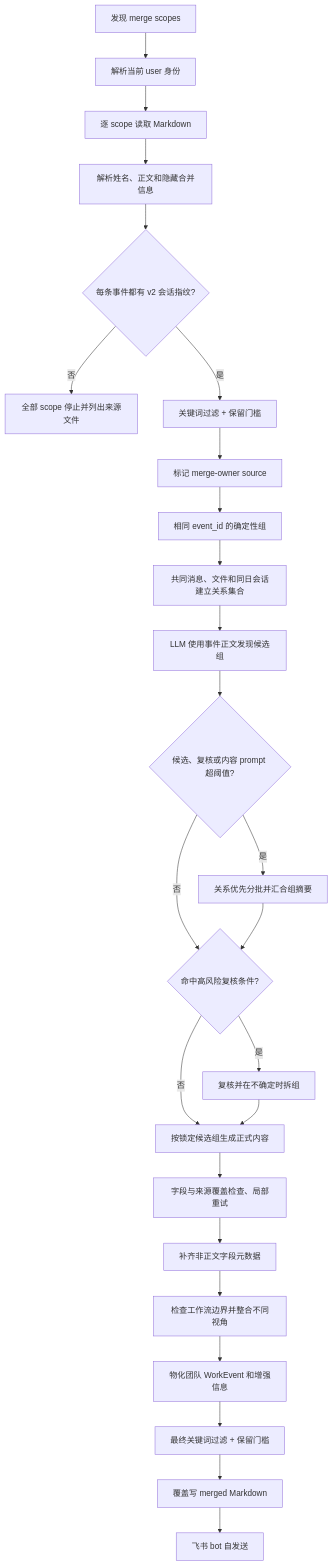
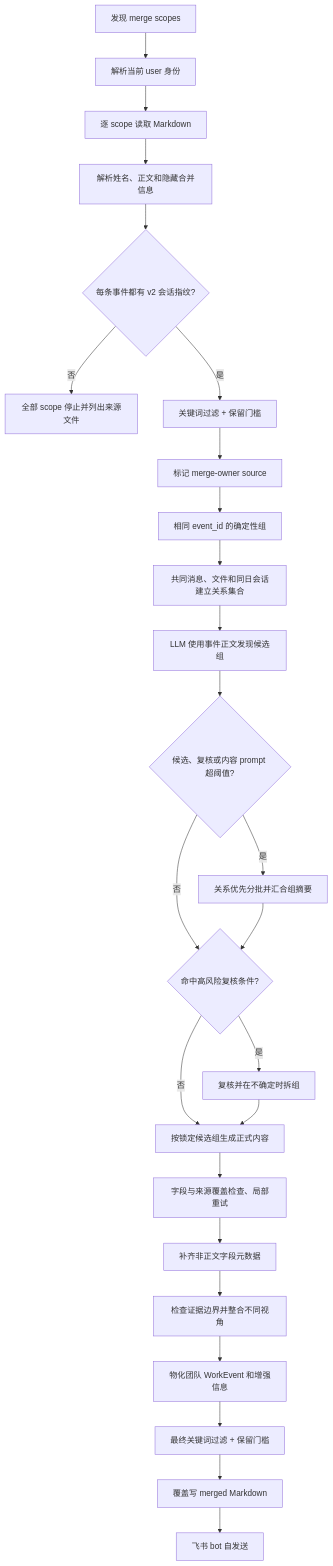
One commit to sunweisheng/WorkTrace changed the diagram in docs/collected-people-merge-plan.md. Above: the diagram before and after it, drawn with Mermaid. The commit also changed other lines of this file and 70 other files, not shown here.

````diff
--- a/docs/collected-people-merge-plan.md
+++ b/docs/collected-people-merge-plan.md
@@ -70,27 +70,27 @@
 ```mermaid
 flowchart TD
     A["发现 merge scopes"] --> B["解析当前 user 身份"]
     B --> C["逐 scope 读取 Markdown"]
     C --> D["解析姓名、正文和隐藏合并信息"]
     D --> E{"每条事件都有 v2 会话指纹?"}
     E -->|"否"| X["全部 scope 停止并列出来源文件"]
     E -->|"是"| F["关键词过滤 + 保留门槛"]
     F --> G["标记 merge-owner source"]
     G --> H["相同 event_id 的确定性组"]
     H --> I["共同消息、文件和同日会话建立关系集合"]
     I --> J["LLM 使用事件正文发现候选组"]
     J --> K{"候选、复核或内容 prompt 超阈值?"}
     K -->|"是"| L["关系优先分批并汇合组摘要"]
     K -->|"否"| R{"命中高风险复核条件?"}
     L --> R
     R -->|"是"| V["复核并在不确定时拆组"]
     R -->|"否"| M["按锁定候选组生成正式内容"]
     V --> M
     M --> N["字段与来源覆盖检查、局部重试"]
     N --> O["补齐非正文字段元数据"]
-    O --> P["检查工作流边界并整合不同视角"]
+    O --> P["检查证据边界并整合不同视角"]
     P --> Q["物化团队 WorkEvent 和增强信息"]
     Q --> Z["最终关键词过滤 + 保留门槛"]
     Z --> S["覆盖写 merged Markdown"]
     S --> T["飞书 bot 自发送"]
 ```
````
